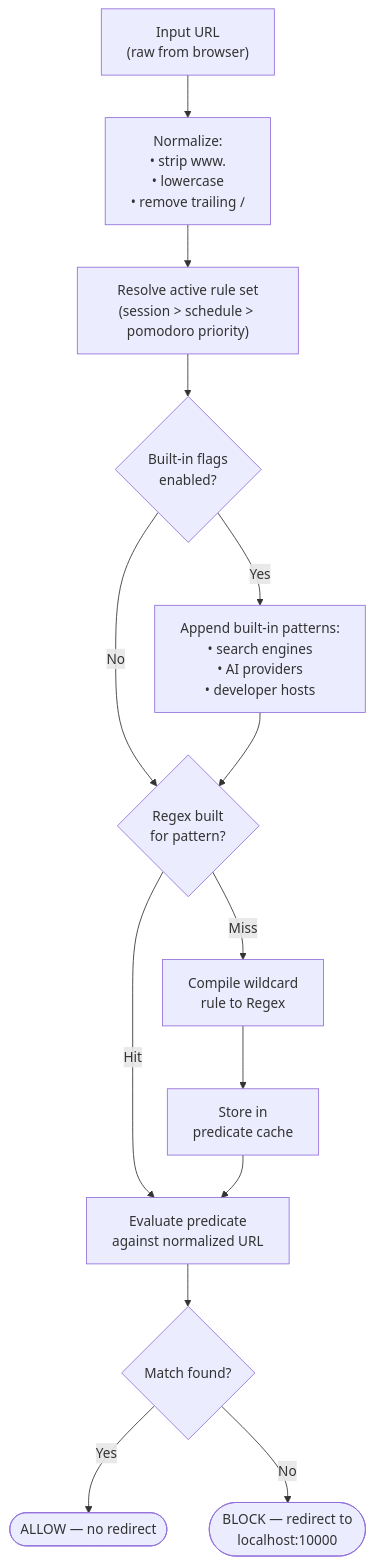
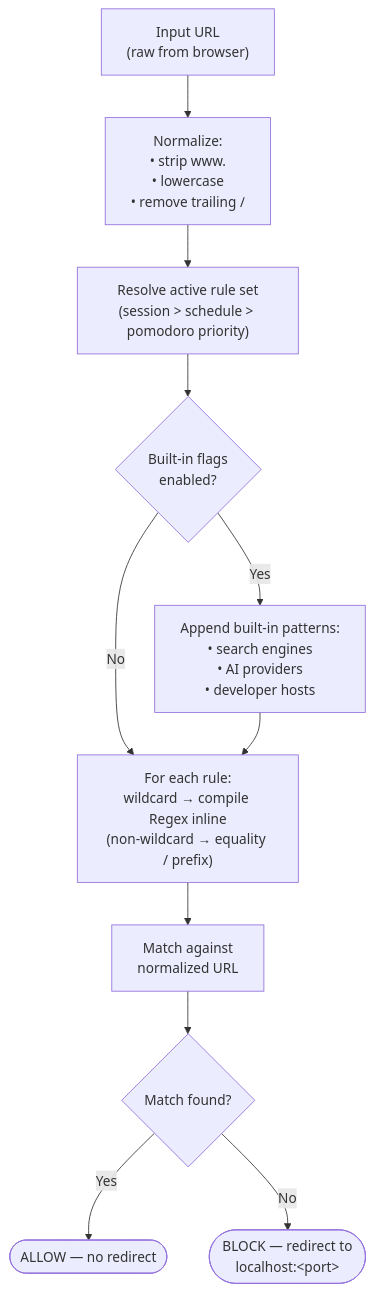
The seventh of 12 diagrams in Docs/diagrams.md (albibenni/free), drawn with Mermaid before and after one commit. The commit also changed other lines of this file and 1 other file, not shown here.

````diff
--- a/Docs/diagrams.md
+++ b/Docs/diagrams.md
@@ -262,29 +262,24 @@
 ```mermaid
 flowchart TD
   Input["Input URL\n(raw from browser)"]
   Normalize["Normalize:\n• strip www.\n• lowercase\n• remove trailing /"]
   ActiveRuleSet["Resolve active rule set\n(session > schedule > pomodoro priority)"]
   BuiltIns{Built-in flags\nenabled?}
   AddBuiltIns["Append built-in patterns:\n• search engines\n• AI providers\n• developer hosts"]
-  CacheCheck{Regex built\nfor pattern?}
-  BuildPredicate["Compile wildcard\nrule to Regex"]
-  Cache["Store in\npredicate cache"]
-  Evaluate["Evaluate predicate\nagainst normalized URL"]
+  ForEachRule["For each rule:\nwildcard → compile Regex inline\n(non-wildcard → equality / prefix)"]
+  Evaluate["Match against\nnormalized URL"]
   Allowed{Match found?}
   AllowResult(["ALLOW — no redirect"])
-  BlockResult(["BLOCK — redirect to\nlocalhost:10000"])
+  BlockResult(["BLOCK — redirect to\nlocalhost:&lt;port&gt;"])
 
   Input --> Normalize
   Normalize --> ActiveRuleSet
   ActiveRuleSet --> BuiltIns
   BuiltIns -->|Yes| AddBuiltIns
-  BuiltIns -->|No| CacheCheck
-  AddBuiltIns --> CacheCheck
-  CacheCheck -->|Hit| Evaluate
-  CacheCheck -->|Miss| BuildPredicate
-  BuildPredicate --> Cache
-  Cache --> Evaluate
+  BuiltIns -->|No| ForEachRule
+  AddBuiltIns --> ForEachRule
+  ForEachRule --> Evaluate
   Evaluate --> Allowed
   Allowed -->|Yes| AllowResult
   Allowed -->|No| BlockResult
 ```
````
